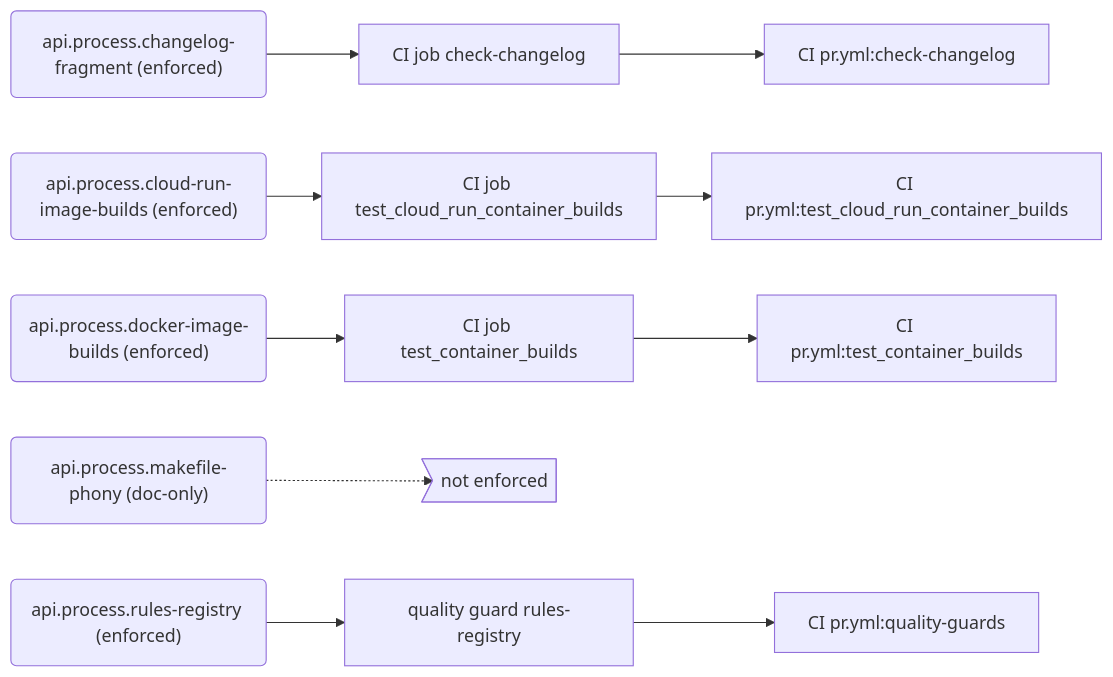
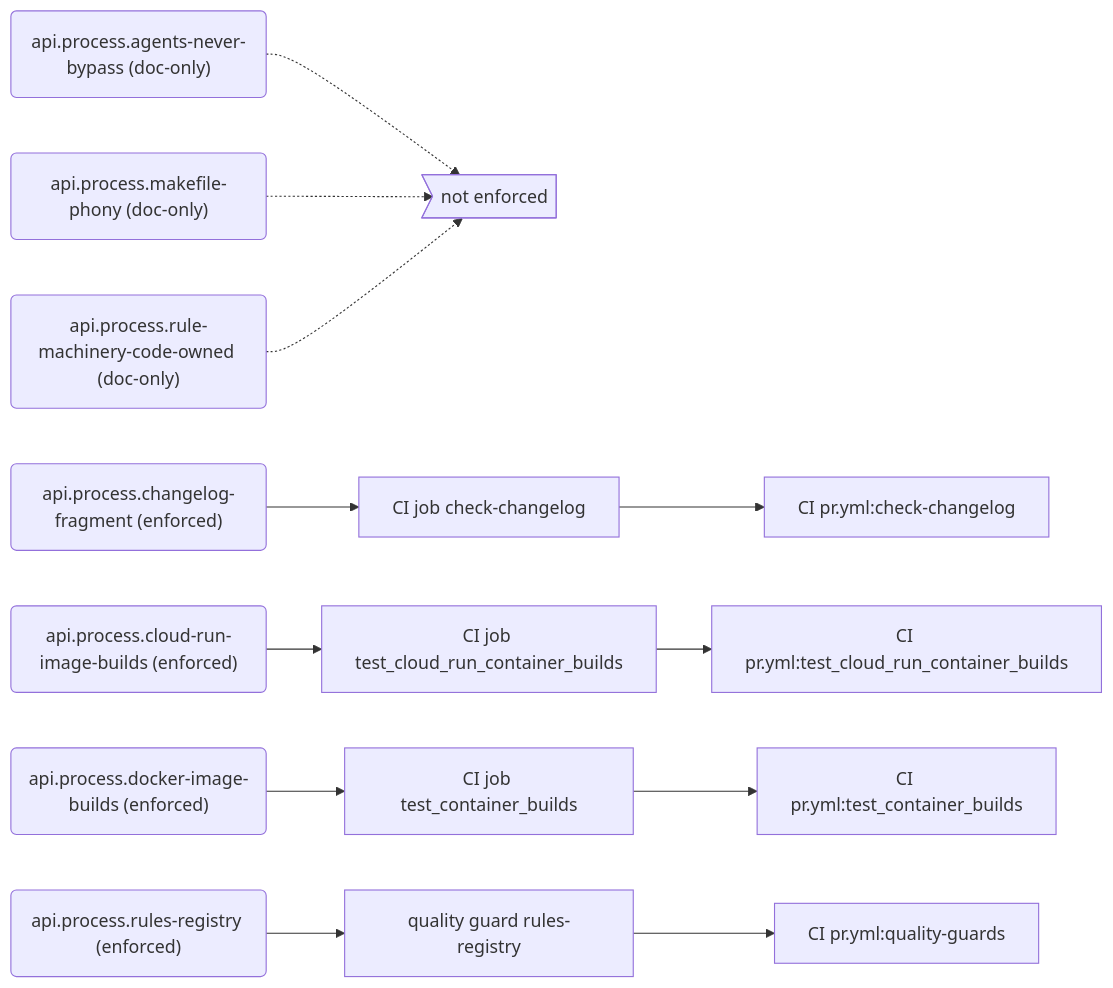
Before and after one commit to PolicyEngine/policyengine-api: the eighth of 8 diagrams in docs/generated/rules.md, drawn with Mermaid. The commit also changed other lines of this file and 2 other files, not shown here.

First line of the commit message:
Update the API rules registry for Phase 0

````diff
--- a/docs/generated/rules.md
+++ b/docs/generated/rules.md
@@ -331,26 +335,30 @@
 ```mermaid
 flowchart LR
+  r_api_process_agents_never_bypass("api.process.agents-never-bypass (doc-only)")
+  gap_unenforced>"not enforced"]
   r_api_process_changelog_fragment("api.process.changelog-fragment (enforced)")
   e_CI_job_check_changelog["CI job check-changelog"]
   j_CI_pr_yml_check_changelog["CI pr.yml:check-changelog"]
   r_api_process_cloud_run_image_builds("api.process.cloud-run-image-builds (enforced)")
   e_CI_job_test_cloud_run_container_builds["CI job test_cloud_run_container_builds"]
   j_CI_pr_yml_test_cloud_run_container_builds["CI pr.yml:test_cloud_run_container_builds"]
   r_api_process_docker_image_builds("api.process.docker-image-builds (enforced)")
   e_CI_job_test_container_builds["CI job test_container_builds"]
   j_CI_pr_yml_test_container_builds["CI pr.yml:test_container_builds"]
   r_api_process_makefile_phony("api.process.makefile-phony (doc-only)")
-  gap_unenforced>"not enforced"]
+  r_api_process_rule_machinery_code_owned("api.process.rule-machinery-code-owned (doc-only)")
   r_api_process_rules_registry("api.process.rules-registry (enforced)")
   e_quality_guard_rules_registry["quality guard rules-registry"]
   j_CI_pr_yml_quality_guards["CI pr.yml:quality-guards"]
+  r_api_process_agents_never_bypass -.-> gap_unenforced
   r_api_process_changelog_fragment --> e_CI_job_check_changelog
   e_CI_job_check_changelog --> j_CI_pr_yml_check_changelog
   r_api_process_cloud_run_image_builds --> e_CI_job_test_cloud_run_container_builds
   e_CI_job_test_cloud_run_container_builds --> j_CI_pr_yml_test_cloud_run_container_builds
   r_api_process_docker_image_builds --> e_CI_job_test_container_builds
   e_CI_job_test_container_builds --> j_CI_pr_yml_test_container_builds
   r_api_process_makefile_phony -.-> gap_unenforced
+  r_api_process_rule_machinery_code_owned -.-> gap_unenforced
   r_api_process_rules_registry --> e_quality_guard_rules_registry
   e_quality_guard_rules_registry --> j_CI_pr_yml_quality_guards
 ```
````
